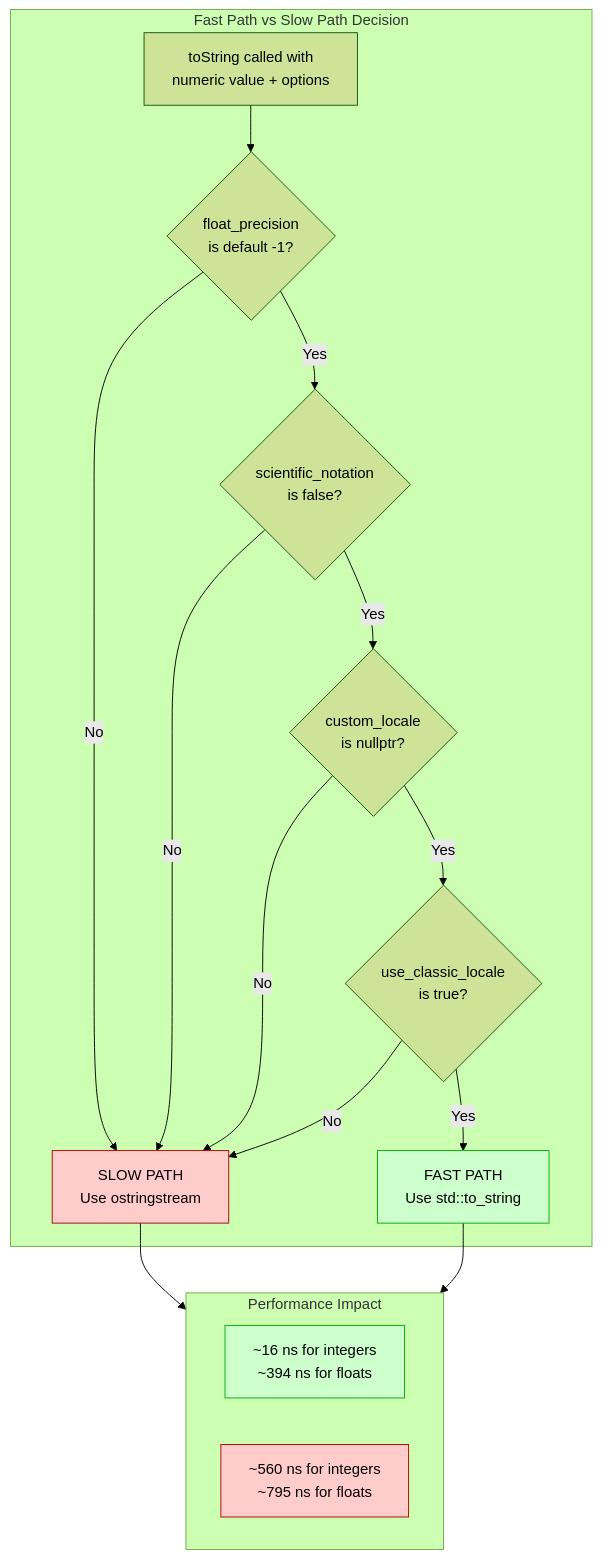
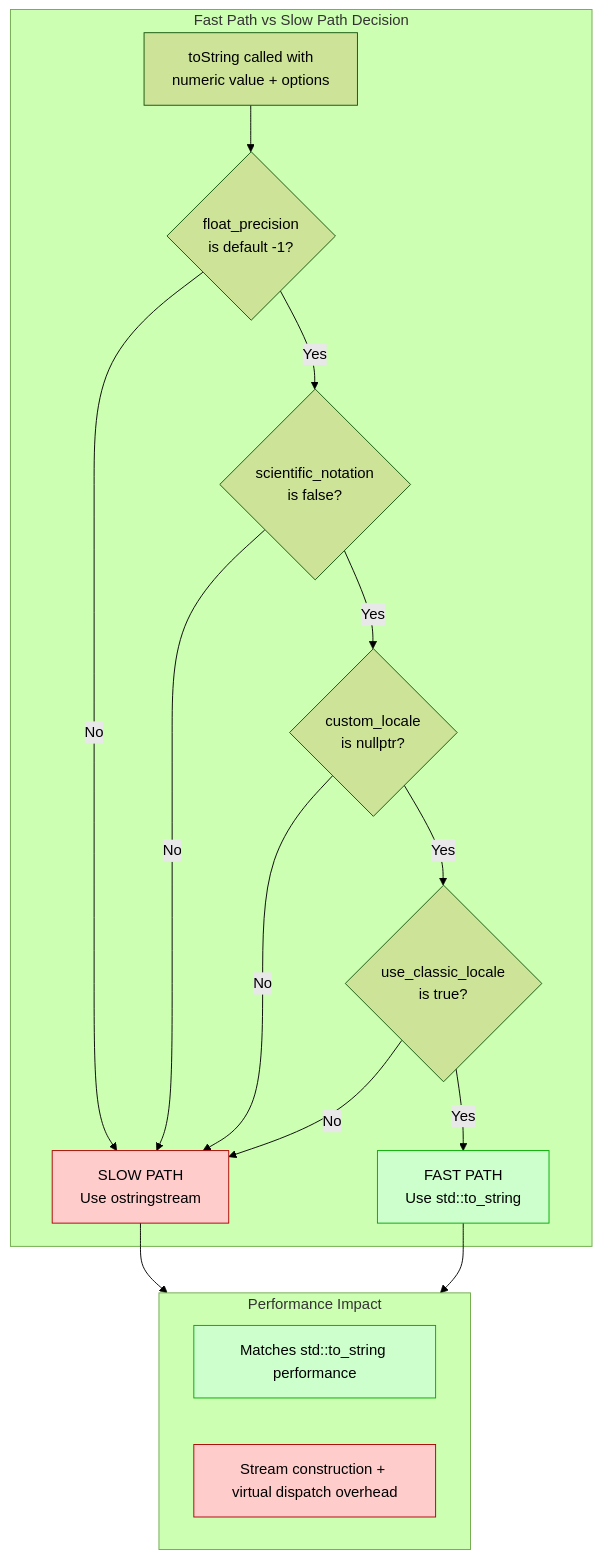
One commit to schroedermatthew/FatP changed the seventh of 8 diagrams in components/Stringify/docs/User Manual - Stringify.md. Above: the diagram before and after it, drawn with Mermaid (forest theme). The commit also changed other lines of this file and 25 other files, not shown here.

````diff
--- a/components/Stringify/docs/User Manual - Stringify.md
+++ b/components/Stringify/docs/User Manual - Stringify.md
@@ -2348,36 +2345,36 @@
 ```mermaid
 flowchart TB
     subgraph Decision ["Fast Path vs Slow Path Decision"]
         Input["toString called with<br/>numeric value + options"] --> C1
         
         C1{"float_precision<br/>is default -1?"}
         C1 -->|No| Slow["SLOW PATH<br/>Use ostringstream"]
         C1 -->|Yes| C2
         
         C2{"scientific_notation<br/>is false?"}
         C2 -->|No| Slow
         C2 -->|Yes| C3
         
         C3{"custom_locale<br/>is nullptr?"}
         C3 -->|No| Slow
         C3 -->|Yes| C4
         
         C4{"use_classic_locale<br/>is true?"}
         C4 -->|No| Slow
         C4 -->|Yes| Fast["FAST PATH<br/>Use std::to_string"]
     end
 
     subgraph Performance ["Performance Impact"]
         direction LR
-        FastPerf["~16 ns for integers<br/>~394 ns for floats"]
-        SlowPerf["~560 ns for integers<br/>~795 ns for floats"]
+        FastPerf["Matches std::to_string performance"]
+        SlowPerf["Stream construction + virtual dispatch overhead"]
     end
 
     Fast --> FastPerf
     Slow --> SlowPerf
 
     style Fast fill:#ccffcc,stroke:#0a0,color:#000
     style FastPerf fill:#ccffcc,stroke:#0a0,color:#000
     style Slow fill:#ffcccc,stroke:#a00,color:#000
     style SlowPerf fill:#ffcccc,stroke:#a00,color:#000
 ```
````
